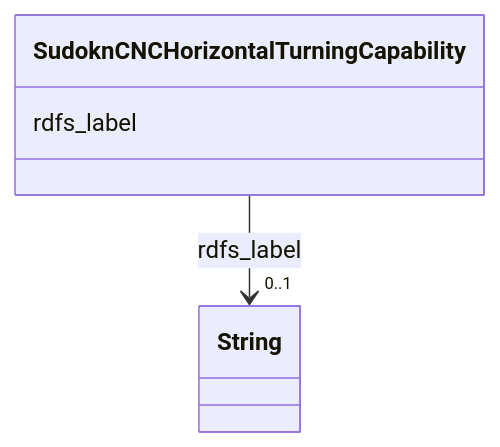
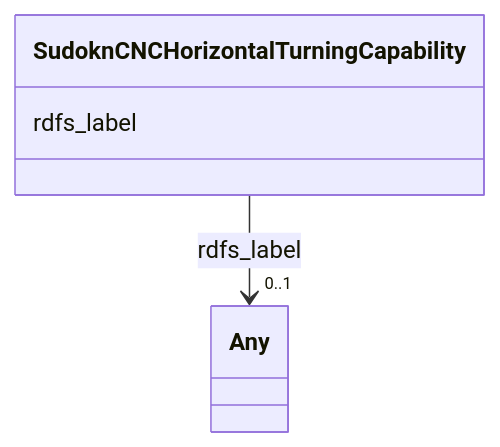
One commit to frink-okn/graph-descriptions changed the diagram in sudokn-kg/classes/SudoknCNCHorizontalTurningCapability.md. Above: the diagram before and after it, drawn with Mermaid. The commit also changed other lines of this file and 903 other files, not shown here.

````diff
--- a/sudokn-kg/classes/SudoknCNCHorizontalTurningCapability.md
+++ b/sudokn-kg/classes/SudoknCNCHorizontalTurningCapability.md
@@ -23,15 +18,15 @@
 ```mermaid
  classDiagram
     class SudoknCNCHorizontalTurningCapability
     click SudoknCNCHorizontalTurningCapability href "../SudoknCNCHorizontalTurningCapability"
       SudoknCNCHorizontalTurningCapability : rdfs_label
         
           
     
     
-    SudoknCNCHorizontalTurningCapability --> "0..1" String : rdfs_label
-    click String href "../String"
+    SudoknCNCHorizontalTurningCapability --> "0..1" Any : rdfs_label
+    click Any href "../Any"
 
         
       
 ```
````
